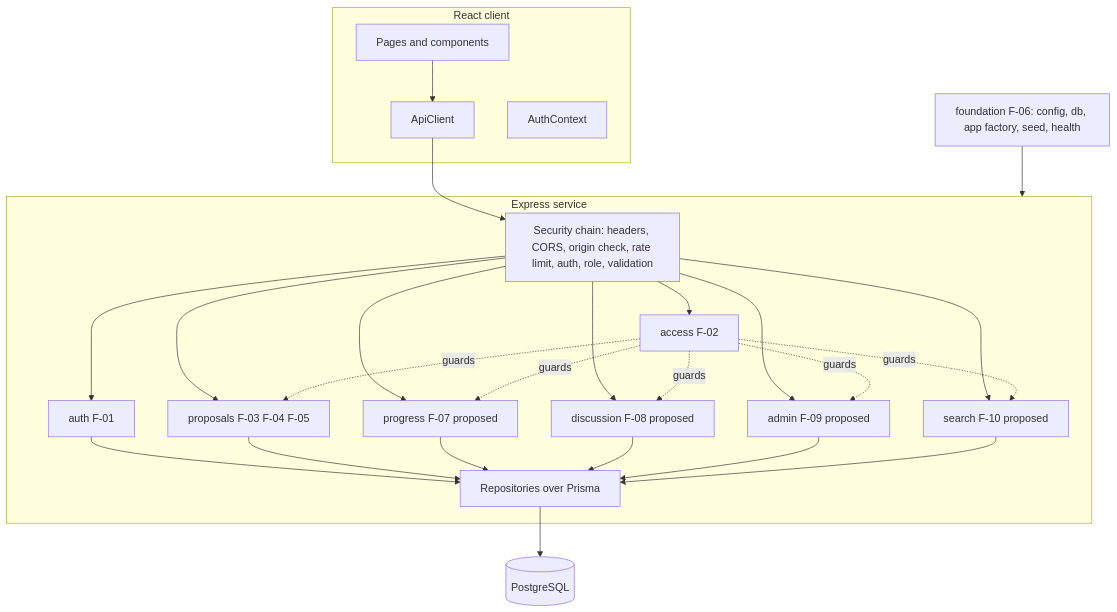
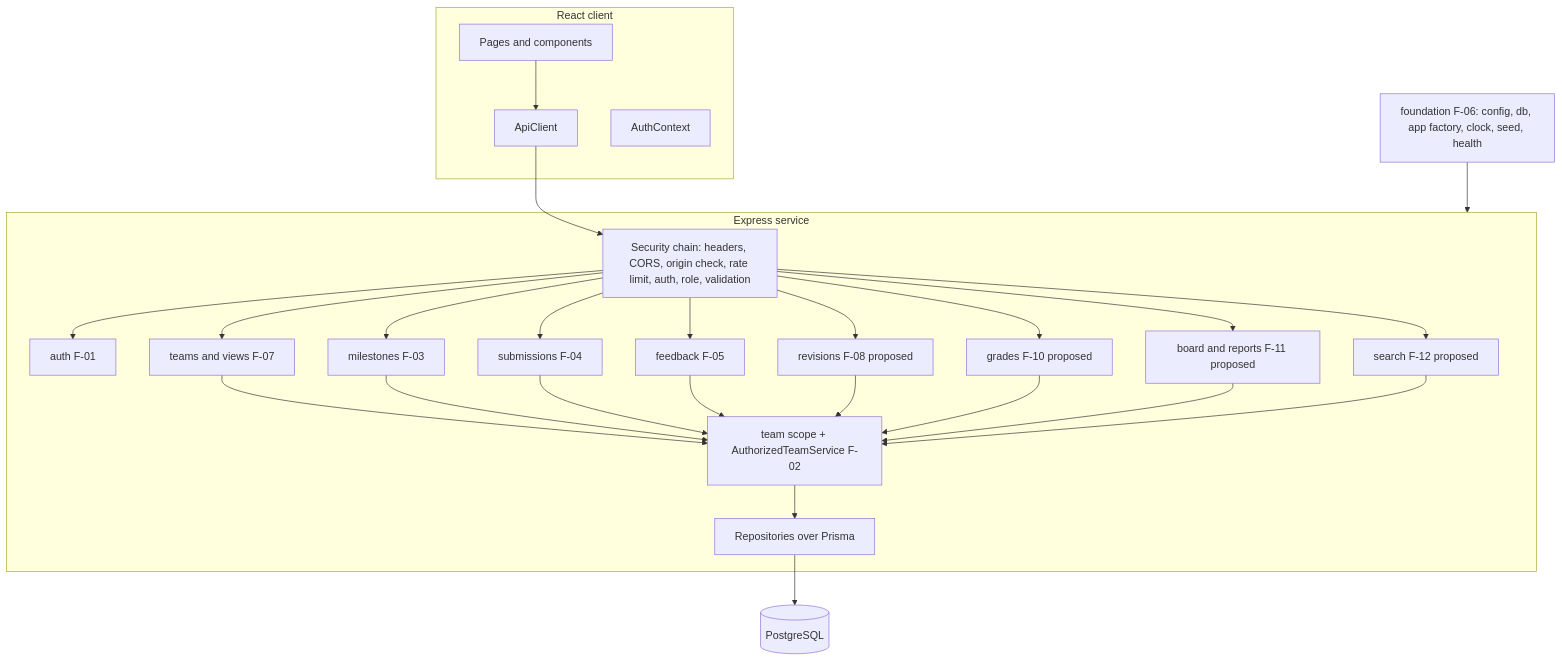
One commit to N0M3KM/CPMS changed the diagram in docs/architecture.md. Above: the diagram before and after it, drawn with Mermaid. The commit also changed other lines of this file and 21 other files, not shown here.

Commit message:
docs: rework Sprint 1 and product docs for Theme 6 (milestones, submissions, feedback)

````diff
--- a/docs/architecture.md
+++ b/docs/architecture.md
@@ -18,26 +25,24 @@
 ```mermaid
 flowchart TB
   subgraph Client[React client]
     Pages[Pages and components] --> Api[ApiClient]
     Auth[AuthContext]
   end
   Api --> Edge
   subgraph Server[Express service]
     Edge[Security chain: headers, CORS, origin check, rate limit, auth, role, validation]
     Edge --> M1[auth F-01]
-    Edge --> M2[access F-02]
-    Edge --> M3[proposals F-03 F-04 F-05]
-    Edge --> M4[progress F-07 proposed]
-    Edge --> M5[discussion F-08 proposed]
-    Edge --> M6[admin F-09 proposed]
-    Edge --> M7[search F-10 proposed]
-    M1 & M3 & M4 & M5 & M6 & M7 --> Repo[Repositories over Prisma]
-    M2 -. guards .-> M3
-    M2 -. guards .-> M4
-    M2 -. guards .-> M5
-    M2 -. guards .-> M6
-    M2 -. guards .-> M7
+    Edge --> M2[teams and views F-07]
+    Edge --> M3[milestones F-03]
+    Edge --> M4[submissions F-04]
+    Edge --> M5[feedback F-05]
+    Edge --> M6[revisions F-08 proposed]
+    Edge --> M7[grades F-10 proposed]
+    Edge --> M8[board and reports F-11 proposed]
+    Edge --> M9[search F-12 proposed]
+    M2 & M3 & M4 & M5 & M6 & M7 & M8 & M9 --> Scope[team scope + AuthorizedTeamService F-02]
+    Scope --> Repo[Repositories over Prisma]
   end
   Repo --> DB[(PostgreSQL)]
-  Found[foundation F-06: config, db, app factory, seed, health] --> Server
+  Found[foundation F-06: config, db, app factory, clock, seed, health] --> Server
 ```
````
